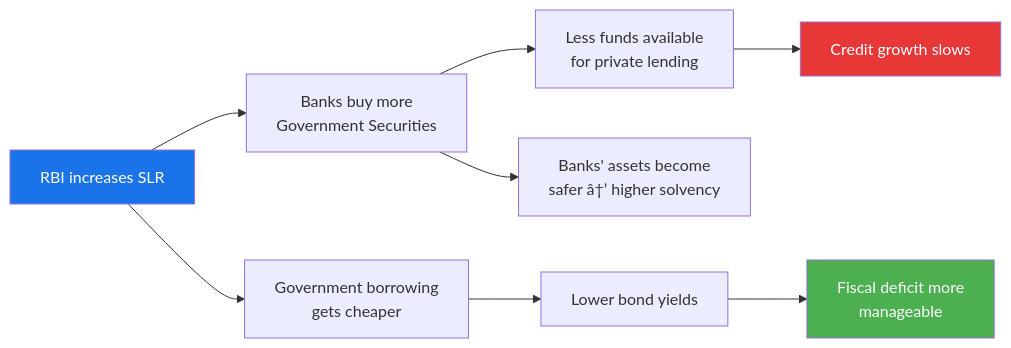
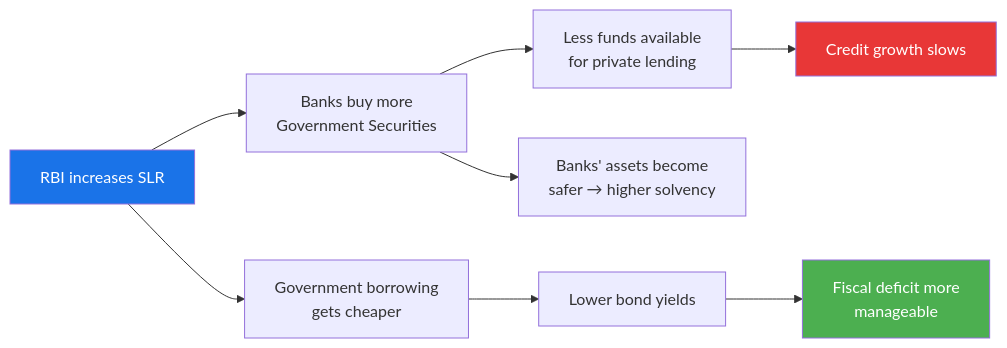
One commit to Raushan666java/ai-engineering-journey changed the fourth of 4 diagrams in docs/courses/banking-financial-awareness/02-banking-system-regulations.md. Above: the diagram before and after it, drawn with Mermaid. The commit also changed other lines of this file and 965 other files, not shown here.

````diff
--- a/docs/courses/banking-financial-awareness/02-banking-system-regulations.md
+++ b/docs/courses/banking-financial-awareness/02-banking-system-regulations.md
@@ -1203,16 +1203,16 @@
 ```mermaid
 flowchart LR
     A[RBI increases SLR] --> B[Banks buy more<br/>Government Securities]
     B --> C[Less funds available<br/>for private lending]
     C --> D[Credit growth slows]
     
     A --> E[Government borrowing<br/>gets cheaper]
     E --> F[Lower bond yields]
     F --> G[Fiscal deficit more<br/>manageable]
     
-    B --> H[Banks' assets become<br/>safer â†’ higher solvency]
+    B --> H[Banks' assets become<br/>safer → higher solvency]
     
     style A fill:#1a73e8,color:#fff
     style D fill:#e83737,color:#fff
     style G fill:#4CAF50,color:#fff
 ```
````
